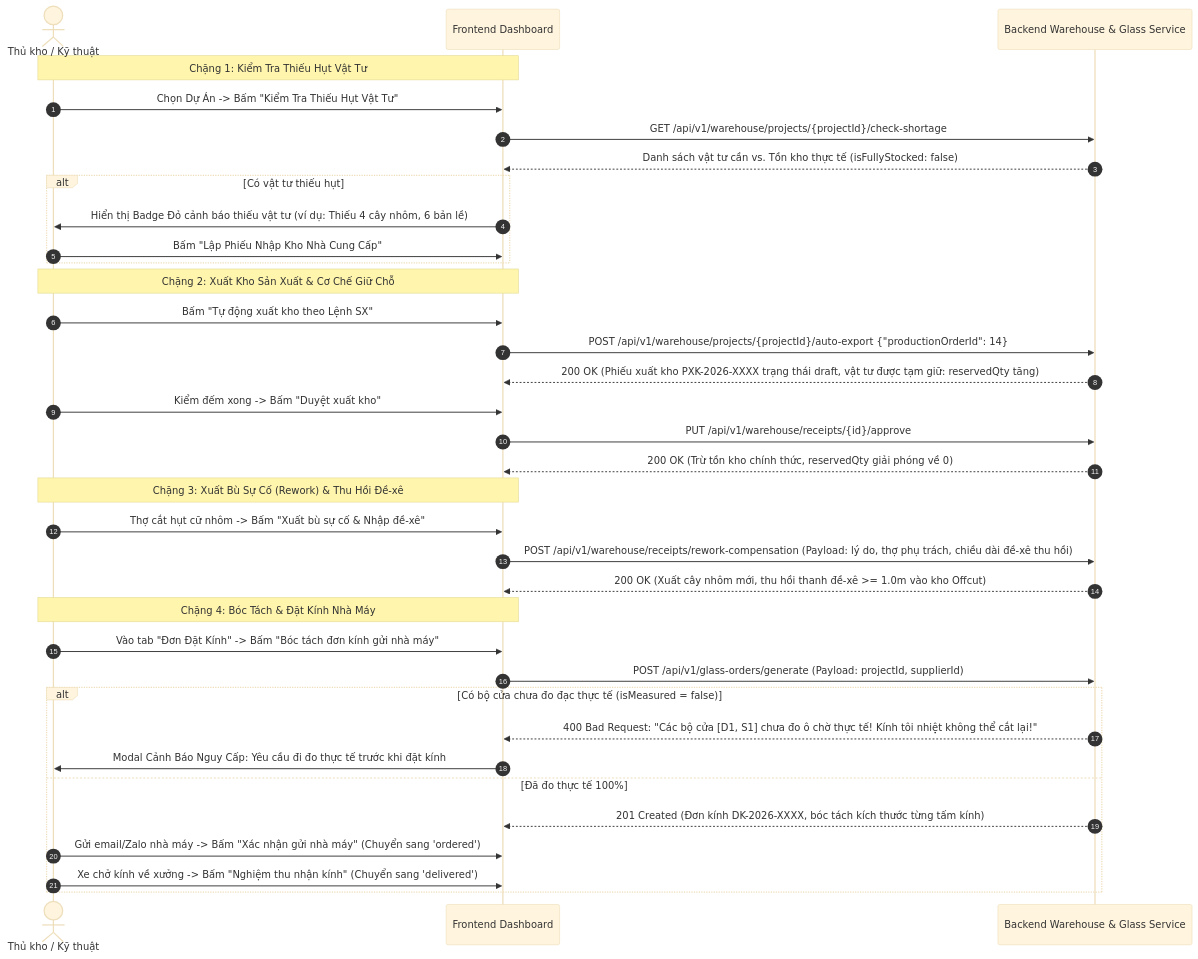
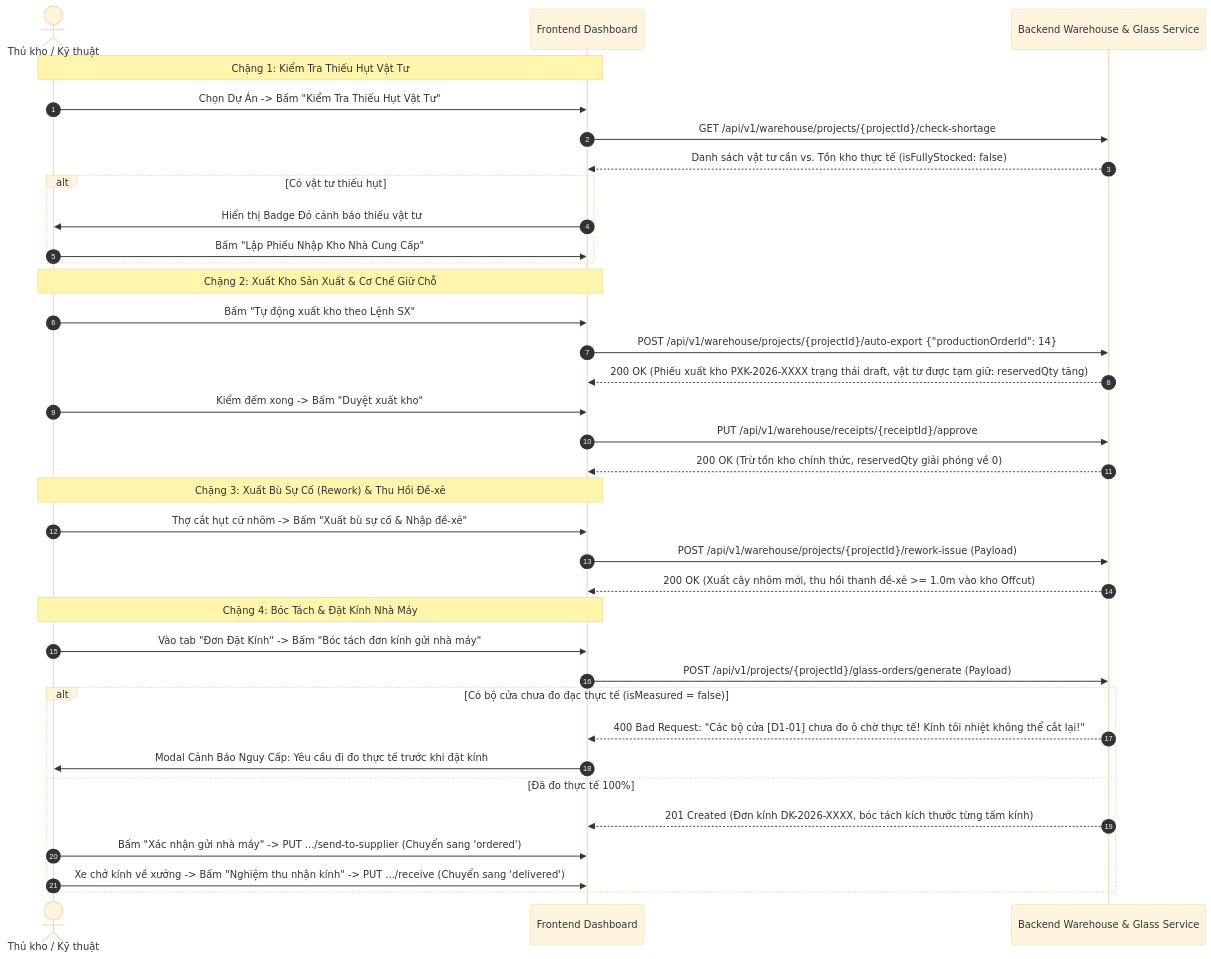
Before and after one commit to XTTechVN/xttech-web-v2: the diagram in docs/step2_project/006_kho_vat_tu_va_dat_kinh_nha_may.md, drawn with Mermaid (base theme). The commit also changed other lines of this file and 5 other files, not shown here.

Commit message:
docs: add step 2 project documentation covering system architecture, survey, pricing, contracts, production, and inventory workflows

````diff
--- a/docs/step2_project/006_kho_vat_tu_va_dat_kinh_nha_may.md
+++ b/docs/step2_project/006_kho_vat_tu_va_dat_kinh_nha_may.md
@@ -9,41 +9,41 @@
 ```mermaid
 sequenceDiagram
     autonumber
     actor Storekeeper as Thủ kho / Kỹ thuật
     participant FE as Frontend Dashboard
     participant BE as Backend Warehouse & Glass Service
 
     Note over Storekeeper, FE: Chặng 1: Kiểm Tra Thiếu Hụt Vật Tư
     Storekeeper->>FE: Chọn Dự Án -> Bấm "Kiểm Tra Thiếu Hụt Vật Tư"
     FE->>BE: GET /api/v1/warehouse/projects/{projectId}/check-shortage
     BE-->>FE: Danh sách vật tư cần vs. Tồn kho thực tế (isFullyStocked: false)
     alt Có vật tư thiếu hụt
-        FE->>Storekeeper: Hiển thị Badge Đỏ cảnh báo thiếu vật tư (ví dụ: Thiếu 4 cây nhôm, 6 bản lề)
+        FE->>Storekeeper: Hiển thị Badge Đỏ cảnh báo thiếu vật tư
         Storekeeper->>FE: Bấm "Lập Phiếu Nhập Kho Nhà Cung Cấp"
     end
 
     Note over Storekeeper, FE: Chặng 2: Xuất Kho Sản Xuất & Cơ Chế Giữ Chỗ
     Storekeeper->>FE: Bấm "Tự động xuất kho theo Lệnh SX"
     FE->>BE: POST /api/v1/warehouse/projects/{projectId}/auto-export {"productionOrderId": 14}
     BE-->>FE: 200 OK (Phiếu xuất kho PXK-2026-XXXX trạng thái draft, vật tư được tạm giữ: reservedQty tăng)
     Storekeeper->>FE: Kiểm đếm xong -> Bấm "Duyệt xuất kho"
-    FE->>BE: PUT /api/v1/warehouse/receipts/{id}/approve
+    FE->>BE: PUT /api/v1/warehouse/receipts/{receiptId}/approve
     BE-->>FE: 200 OK (Trừ tồn kho chính thức, reservedQty giải phóng về 0)
 
     Note over Storekeeper, FE: Chặng 3: Xuất Bù Sự Cố (Rework) & Thu Hồi Đề-xê
     Storekeeper->>FE: Thợ cắt hụt cữ nhôm -> Bấm "Xuất bù sự cố & Nhập đề-xê"
-    FE->>BE: POST /api/v1/warehouse/receipts/rework-compensation (Payload: lý do, thợ phụ trách, chiều dài đề-xê thu hồi)
+    FE->>BE: POST /api/v1/warehouse/projects/{projectId}/rework-issue (Payload)
     BE-->>FE: 200 OK (Xuất cây nhôm mới, thu hồi thanh đề-xê >= 1.0m vào kho Offcut)
 
     Note over Storekeeper, FE: Chặng 4: Bóc Tách & Đặt Kính Nhà Máy
     Storekeeper->>FE: Vào tab "Đơn Đặt Kính" -> Bấm "Bóc tách đơn kính gửi nhà máy"
-    FE->>BE: POST /api/v1/glass-orders/generate (Payload: projectId, supplierId)
+    FE->>BE: POST /api/v1/projects/{projectId}/glass-orders/generate (Payload)
     alt Có bộ cửa chưa đo đạc thực tế (isMeasured = false)
-        BE-->>FE: 400 Bad Request: "Các bộ cửa [D1, S1] chưa đo ô chờ thực tế! Kính tôi nhiệt không thể cắt lại!"
+        BE-->>FE: 400 Bad Request: "Các bộ cửa [D1-01] chưa đo ô chờ thực tế! Kính tôi nhiệt không thể cắt lại!"
         FE->>Storekeeper: Modal Cảnh Báo Nguy Cấp: Yêu cầu đi đo thực tế trước khi đặt kính
     else Đã đo thực tế 100%
         BE-->>FE: 201 Created (Đơn kính DK-2026-XXXX, bóc tách kích thước từng tấm kính)
-        Storekeeper->>FE: Gửi email/Zalo nhà máy -> Bấm "Xác nhận gửi nhà máy" (Chuyển sang 'ordered')
-        Storekeeper->>FE: Xe chở kính về xưởng -> Bấm "Nghiệm thu nhận kính" (Chuyển sang 'delivered')
+        Storekeeper->>FE: Bấm "Xác nhận gửi nhà máy" -> PUT .../send-to-supplier (Chuyển sang 'ordered')
+        Storekeeper->>FE: Xe chở kính về xưởng -> Bấm "Nghiệm thu nhận kính" -> PUT .../receive (Chuyển sang 'delivered')
     end
 ```
````
